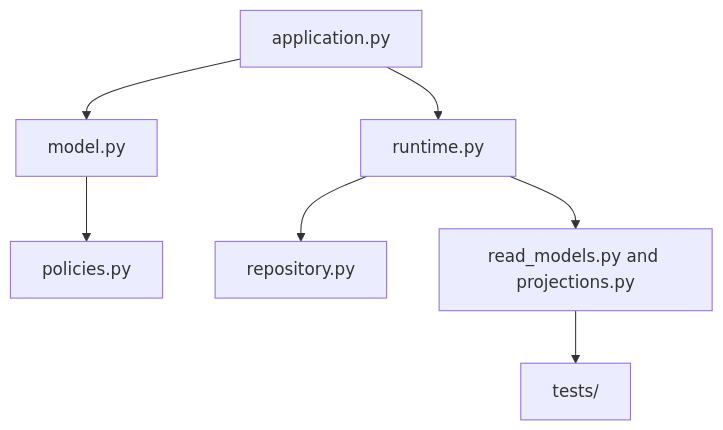
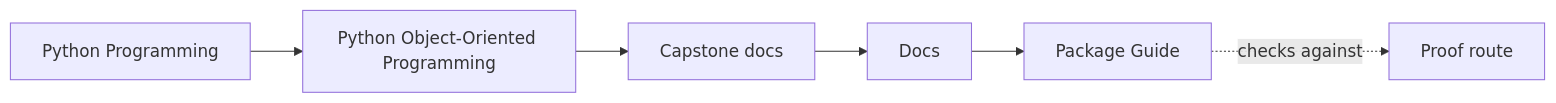
One commit to bijux/bijux-masterclass changed the first of 2 diagrams in programs/python-programming/python-object-oriented-programming/capstone/docs/package-guide.md. Above: the diagram before and after it, drawn with Mermaid. The commit also changed other lines of this file and 103 other files, not shown here.

Commit message:
docs(python-object-oriented-programming): map sustainment and capstone surfaces

````diff
--- a/programs/python-programming/python-object-oriented-programming/capstone/docs/package-guide.md
+++ b/programs/python-programming/python-object-oriented-programming/capstone/docs/package-guide.md
@@ -7,9 +7,12 @@
 ```mermaid
-graph TD
-  app["application.py"] --> model["model.py"]
-  model --> policies["policies.py"]
-  app --> runtime["runtime.py"]
-  runtime --> repo["repository.py"]
-  runtime --> views["read_models.py and projections.py"]
-  views --> tests["tests/"]
+graph LR
+  family["Python Programming"]
+  program["Python Object-Oriented Programming"]
+  guide["Capstone docs"]
+  section["Docs"]
+  page["Package Guide"]
+  proof["Proof route"]
+
+  family --> program --> guide --> section --> page
+  page -.checks against.-> proof
 ```
````
